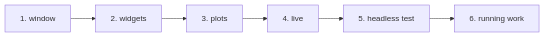
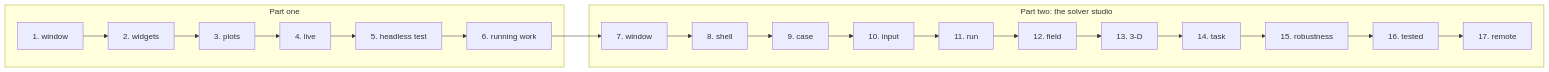
Before and after one commit to szaghi/figure: the diagram in docs/manual/index.md, drawn with Mermaid. The commit also changed other lines of this file and 33 other files, not shown here.

````diff
--- a/docs/manual/index.md
+++ b/docs/manual/index.md
@@ -20,4 +42,11 @@
 ```mermaid
 flowchart LR
-  A[1. window] --> B[2. widgets] --> C[3. plots] --> D[4. live] --> E[5. headless test] --> F[6. running work]
+  subgraph one [Part one]
+    A[1. window] --> B[2. widgets] --> C[3. plots] --> D[4. live] --> E[5. headless test] --> F[6. running work]
+  end
+  subgraph two [Part two: the solver studio]
+    G[7. window] --> H[8. shell] --> I[9. case] --> J[10. input] --> K[11. run] --> L[12. field]
+    L --> M[13. 3-D] --> N[14. task] --> O[15. robustness] --> P[16. tested] --> Q[17. remote]
+  end
+  F --> G
 ```
````
